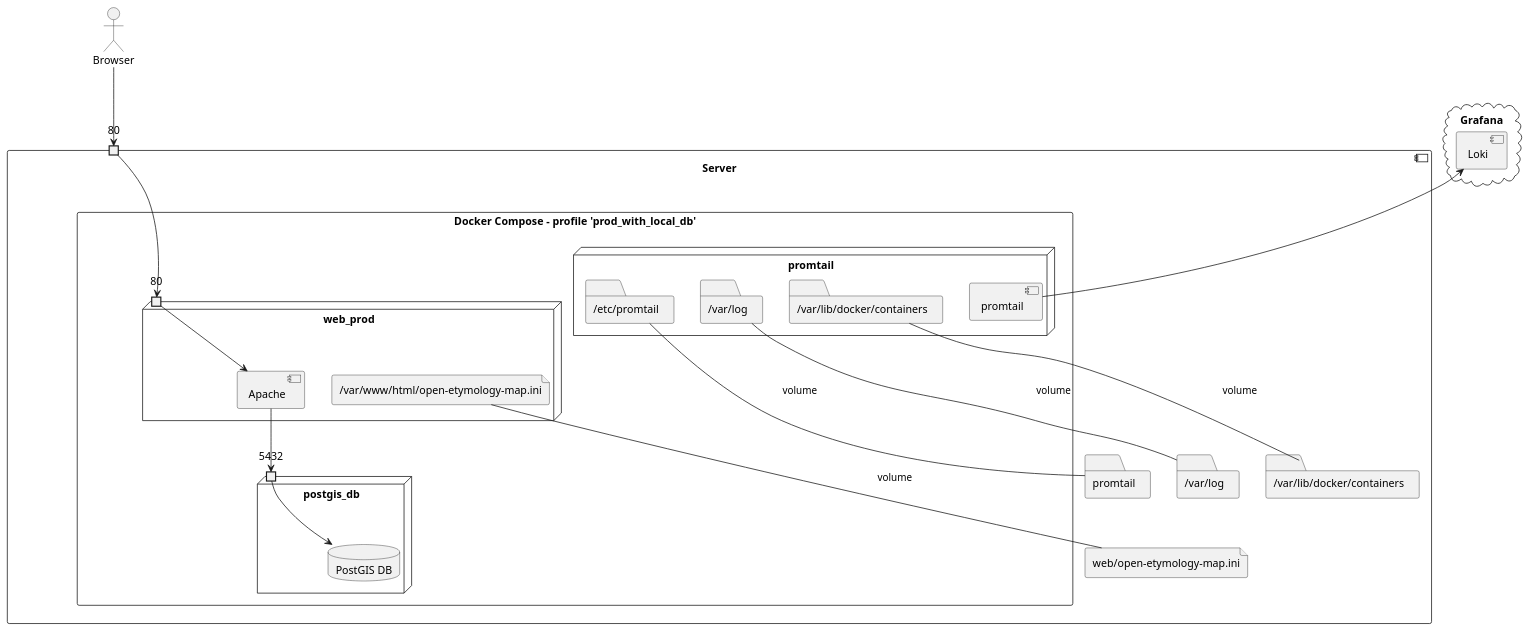
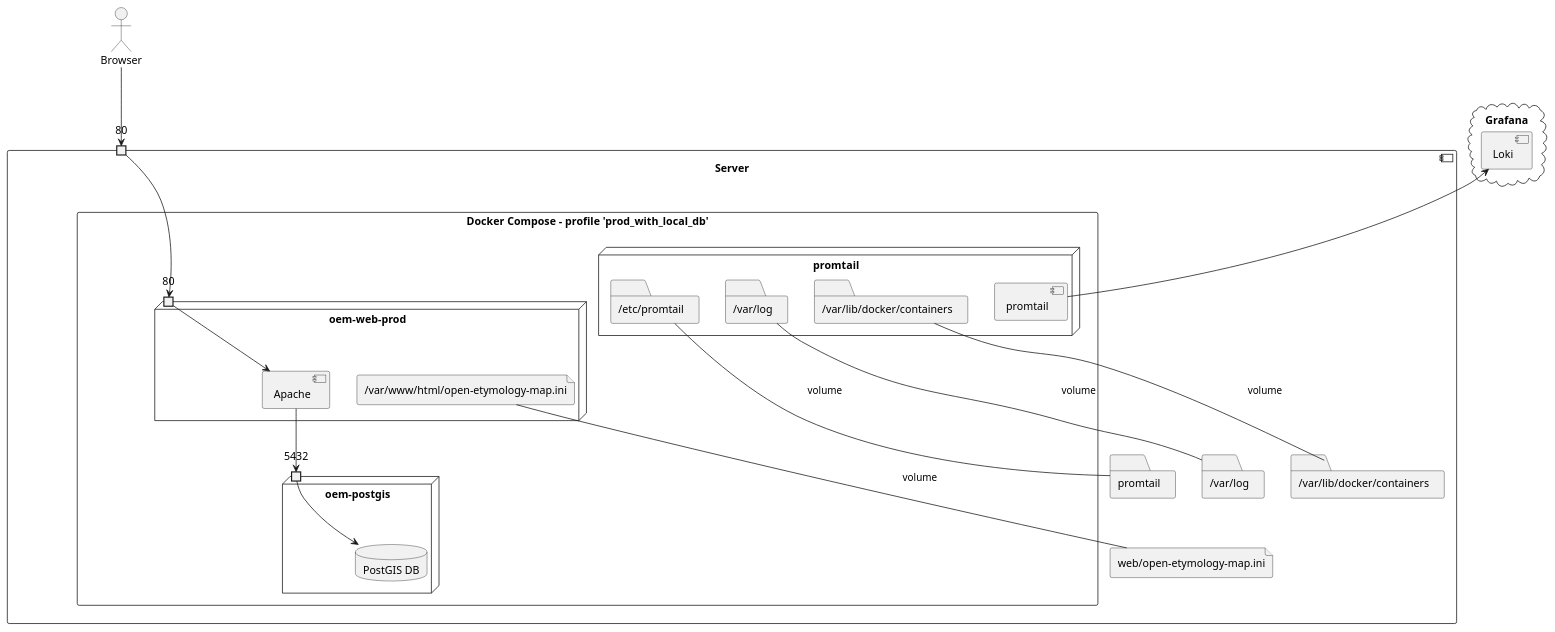
One commit to Danysan1/osm-wikidata-map-framework changed the diagram in images/prod_with_local_db_deployment.plantuml. Above: the diagram before and after it, drawn with PlantUML. The commit also changed 12 other files, not shown here.

```diff
--- a/images/prod_with_local_db_deployment.plantuml
+++ b/images/prod_with_local_db_deployment.plantuml
@@ -1,47 +1,47 @@
 @startuml prod_with_local_db_deployment
 
 actor Browser
 component Server {
   port "80" as 80docker
   rectangle "Docker Compose - profile 'prod_with_local_db'" as docker {
-    node postgis_db {
+    node "oem-postgis" {
       port 5432 as 5432db
       database "PostGIS DB" as db
     }
     node promtail {
       component promtail as promInst
       folder "/etc/promtail" as promRem
       folder "/var/log" as logRem
       folder "/var/lib/docker/containers" as contRem
     }
-    node web_prod {
+    node "oem-web-prod" {
       port "80" as 80webProd
       component Apache
       file "/var/www/html/open-etymology-map.ini" as iniRem
     }
   }
   file "web/open-etymology-map.ini" as iniLoc
   folder "promtail" as promLoc
   folder "/var/log" as logLoc
   folder "/var/lib/docker/containers" as contLoc
 }
 cloud Grafana {
   component Loki
 }
 Loki <-- promInst
 
 iniRem --- iniLoc : volume
 promRem --- promLoc : volume
 logRem --- logLoc : volume
 contRem --- contLoc : volume
 
 Apache --> 5432db
 
 Browser --> 80docker
 
 80docker --> 80webProd
 
 80webProd --> Apache
 5432db --> db
 
 @enduml
```
